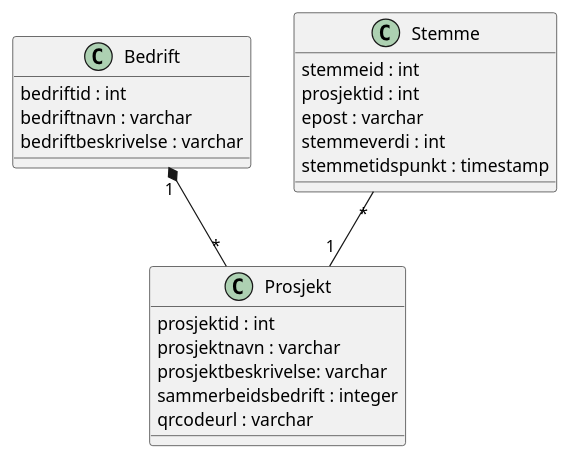
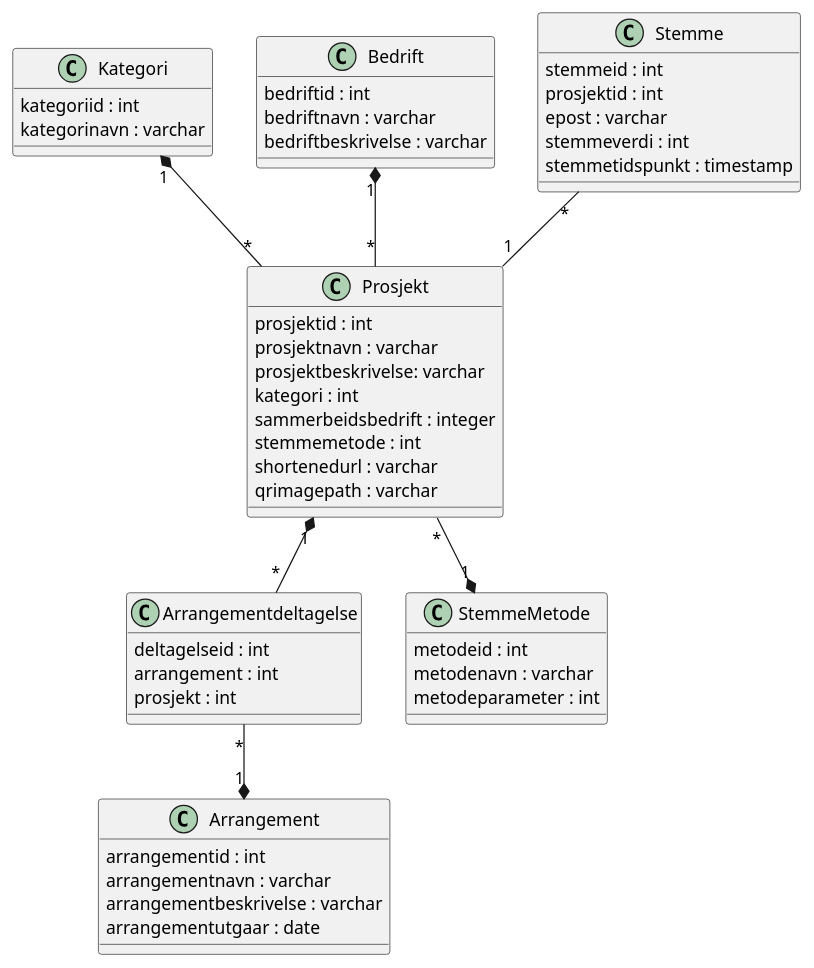
One commit to trulsma/DAT109_Prosjekt changed the diagram in Diagrammer/DatabaseOppsett.puml. Above: the diagram before and after it, drawn with PlantUML. The commit also changed 18 other files, not shown here.

```diff
--- a/Diagrammer/DatabaseOppsett.puml
+++ b/Diagrammer/DatabaseOppsett.puml
@@ -1,26 +1,57 @@
 @startuml
 class Prosjekt{
     prosjektid : int
     prosjektnavn : varchar
     prosjektbeskrivelse: varchar
+    kategori : int
     sammerbeidsbedrift : integer
-    qrcodeurl : varchar
+    stemmemetode : int
+    shortenedurl : varchar
+    qrimagepath : varchar
+}
+
+class Kategori{
+    kategoriid : int
+    kategorinavn : varchar
+}
+
+class Arrangement{
+    arrangementid : int
+    arrangementnavn : varchar
+    arrangementbeskrivelse : varchar
+    arrangementutgaar : date
+}
+
+class Arrangementdeltagelse{
+    deltagelseid : int
+    arrangement : int
+    prosjekt : int
 }
 
 class Bedrift{
     bedriftid : int
     bedriftnavn : varchar
     bedriftbeskrivelse : varchar
+}
+
+class StemmeMetode{
+    metodeid : int
+    metodenavn : varchar
+    metodeparameter : int
 }
 
 class Stemme{
     stemmeid : int
     prosjektid : int
     epost : varchar
     stemmeverdi : int
     stemmetidspunkt : timestamp
 }
 
+Arrangementdeltagelse "*" --* "1" Arrangement
+Prosjekt "1" *-- "*" Arrangementdeltagelse
+Stemme "*" -- "1" Prosjekt
 Bedrift "1" *-- "*" Prosjekt
-Stemme "*" -- "1" Prosjekt
+Kategori "1" *-- "*" Prosjekt
+Prosjekt "*" --* "1" StemmeMetode
 @enduml
```
